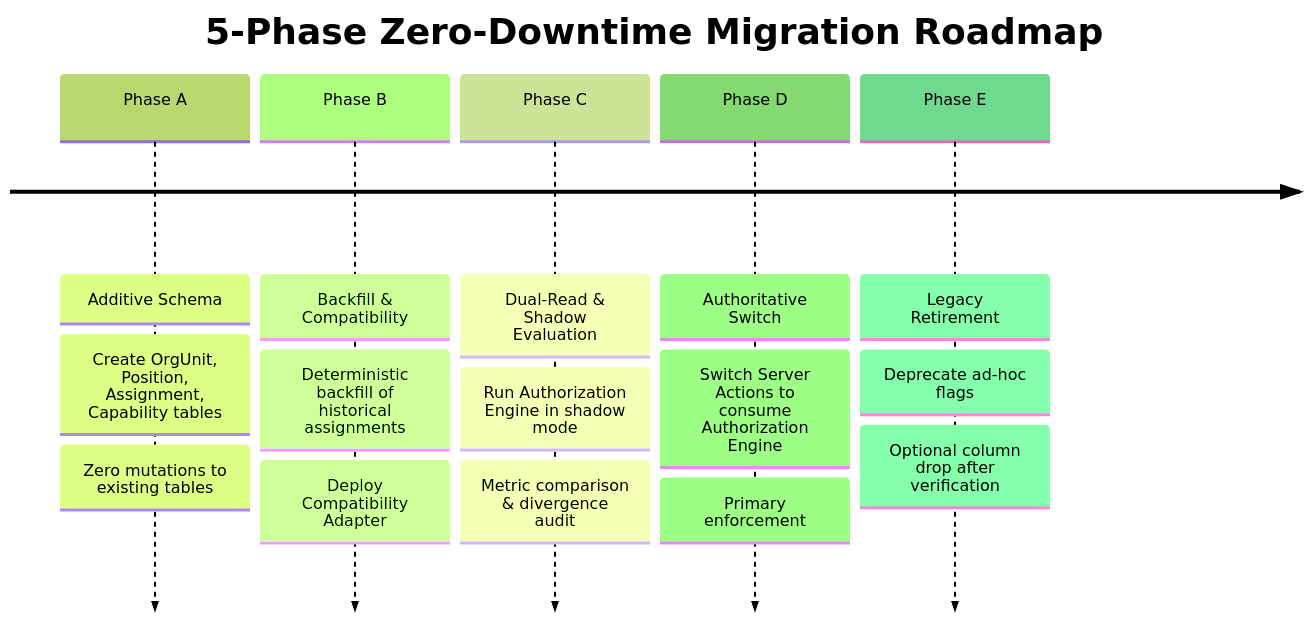
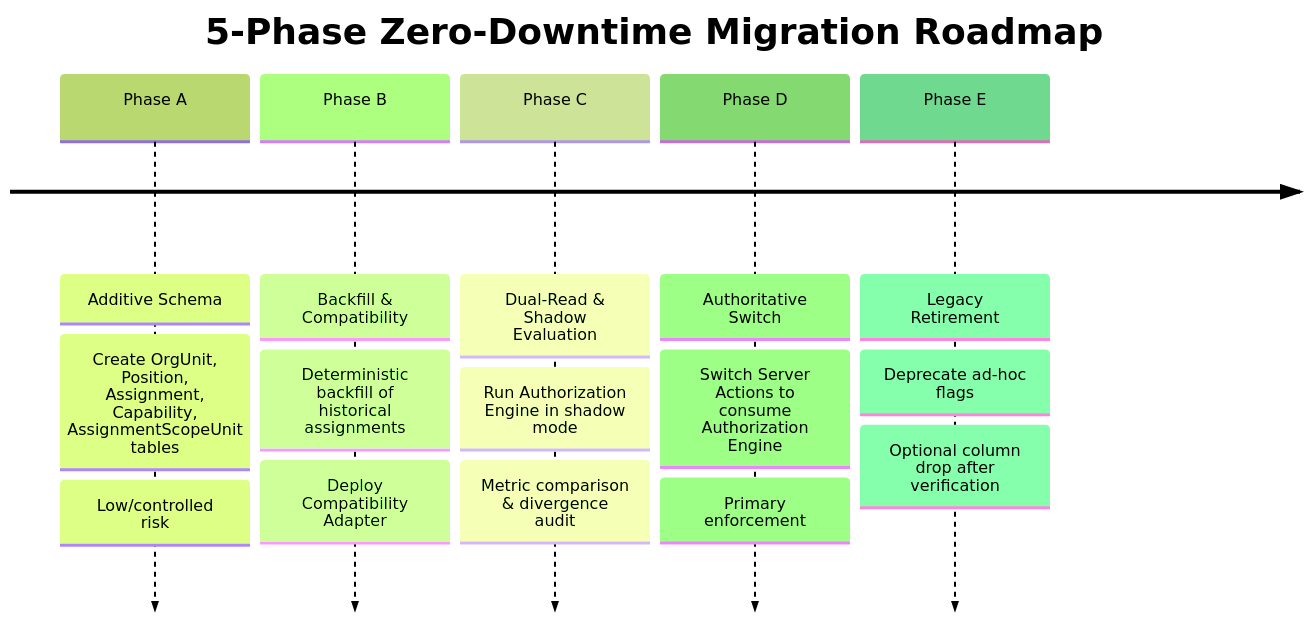
The diagram in docs/STQ_ARCHITECTURE_MIGRATION_PLAN.md (abdngr23-pixel/stq-education-portal), drawn with Mermaid (forest theme) before and after one commit. The commit also changed other lines of this file and 10 other files, not shown here.

Commit message:
fix(arch): normalize STQ architecture lock contracts and separate business boundaries

````diff
--- a/docs/STQ_ARCHITECTURE_MIGRATION_PLAN.md
+++ b/docs/STQ_ARCHITECTURE_MIGRATION_PLAN.md
@@ -18,9 +18,9 @@
 ```mermaid
 timeline
     title 5-Phase Zero-Downtime Migration Roadmap
-    Phase A : Additive Schema : Create OrgUnit, Position, Assignment, Capability tables : Zero mutations to existing tables
+    Phase A : Additive Schema : Create OrgUnit, Position, Assignment, Capability, AssignmentScopeUnit tables : Low/controlled risk
     Phase B : Backfill & Compatibility : Deterministic backfill of historical assignments : Deploy Compatibility Adapter
     Phase C : Dual-Read & Shadow Evaluation : Run Authorization Engine in shadow mode : Metric comparison & divergence audit
     Phase D : Authoritative Switch : Switch Server Actions to consume Authorization Engine : Primary enforcement
     Phase E : Legacy Retirement : Deprecate ad-hoc flags : Optional column drop after verification
 ```
````
